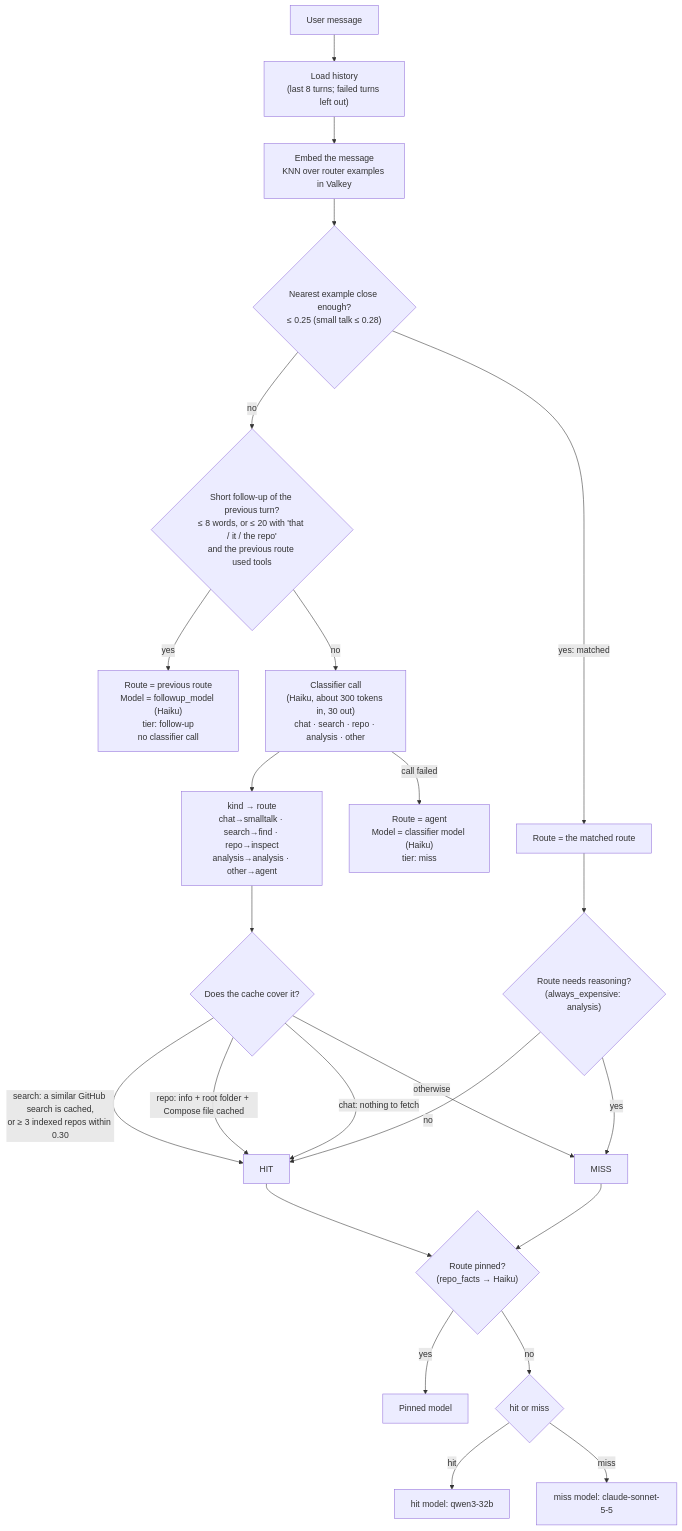
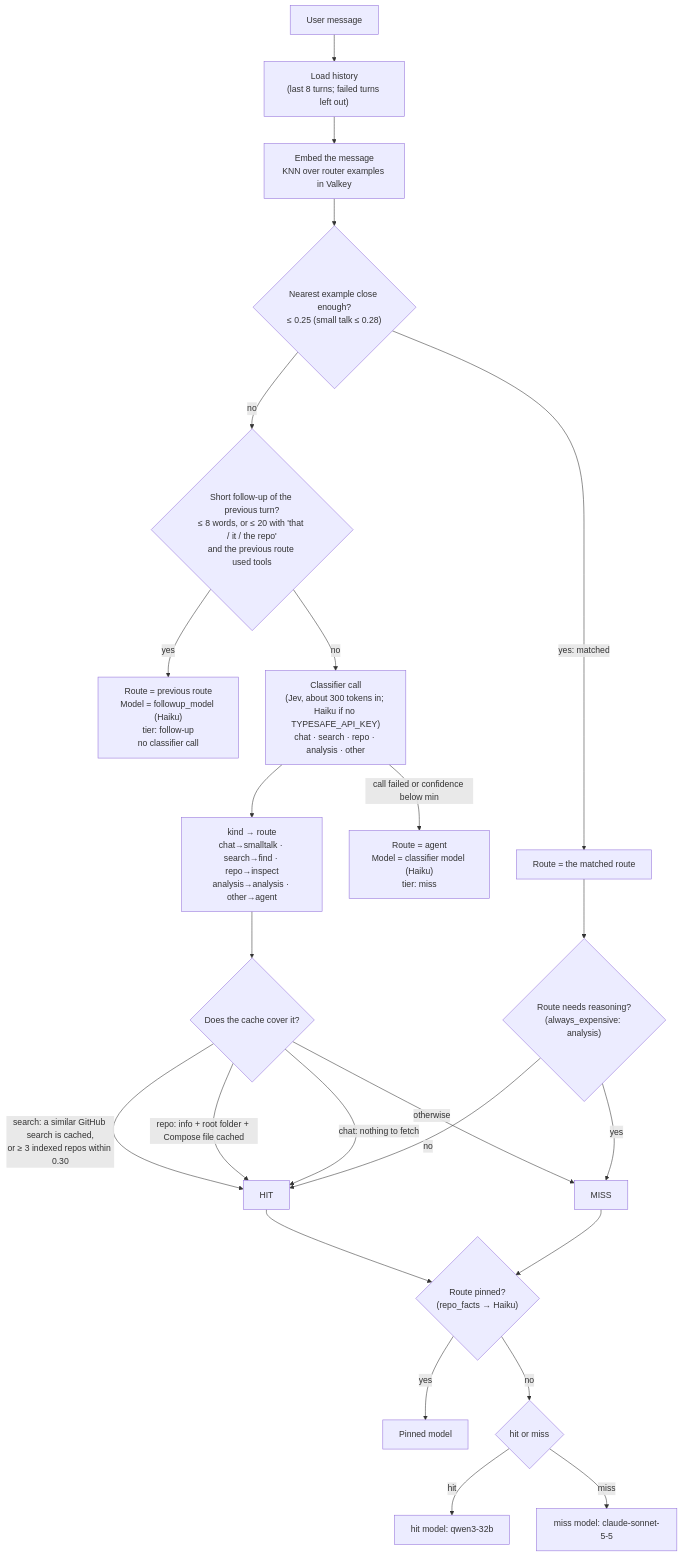
One commit to Aiven-Labs/semantic-cache-python-run-on-runtime-demo changed the third of 6 diagrams in docs/flow.md. Above: the diagram before and after it, drawn with Mermaid. The commit also changed other lines of this file and 13 other files, not shown here.

````diff
--- a/docs/flow.md
+++ b/docs/flow.md
@@ -90,33 +90,33 @@
 ```mermaid
 flowchart TD
   M["User message"] --> H["Load history<br/>(last 8 turns; failed turns left out)"]
   H --> R["Embed the message<br/>KNN over router examples in Valkey"]
   R --> MT{"Nearest example close enough?<br/>≤ 0.25 (small talk ≤ 0.28)"}
 
   MT -- "yes: matched" --> MATCHED["Route = the matched route"]
   MT -- no --> FU{"Short follow-up of the previous turn?<br/>≤ 8 words, or ≤ 20 with 'that / it / the repo'<br/>and the previous route used tools"}
 
   FU -- yes --> FOLLOW["Route = previous route<br/>Model = followup_model (Haiku)<br/>tier: follow-up<br/>no classifier call"]
-  FU -- no --> CLS["Classifier call<br/>(Haiku, about 300 tokens in, 30 out)<br/>chat · search · repo · analysis · other"]
+  FU -- no --> CLS["Classifier call<br/>(Jev, about 300 tokens in; Haiku if no TYPESAFE_API_KEY)<br/>chat · search · repo · analysis · other"]
 
-  CLS -- "call failed" --> FALLBACK["Route = agent<br/>Model = classifier model (Haiku)<br/>tier: miss"]
+  CLS -- "call failed or confidence below min" --> FALLBACK["Route = agent<br/>Model = classifier model (Haiku)<br/>tier: miss"]
   CLS --> KIND["kind → route<br/>chat→smalltalk · search→find · repo→inspect<br/>analysis→analysis · other→agent"]
 
   KIND --> COV{"Does the cache cover it?"}
   COV -- "search: a similar GitHub search is cached,<br/>or ≥ 3 indexed repos within 0.30" --> HIT
   COV -- "repo: info + root folder + Compose file cached" --> HIT
   COV -- "chat: nothing to fetch" --> HIT
   COV -- "otherwise" --> MISS
 
   MATCHED --> AE{"Route needs reasoning?<br/>(always_expensive: analysis)"}
   AE -- yes --> MISS
   AE -- no --> HIT
 
   HIT["HIT"] --> PIN
   MISS["MISS"] --> PIN
   PIN{"Route pinned?<br/>(repo_facts → Haiku)"}
   PIN -- yes --> PINNED["Pinned model"]
   PIN -- no --> PICK{"hit or miss"}
   PICK -- hit --> HM["hit model: qwen3-32b"]
   PICK -- miss --> MM["miss model: claude-sonnet-5-5"]
 ```
````
